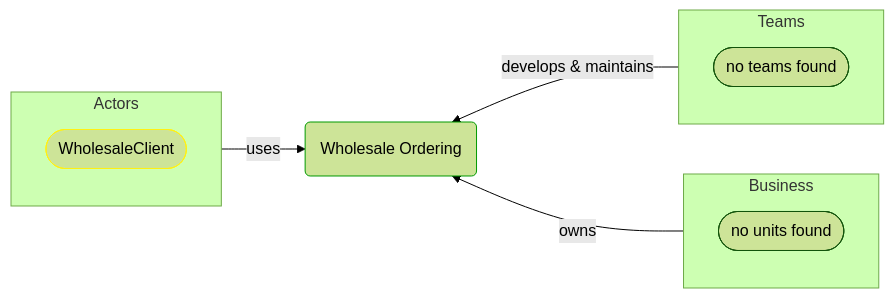
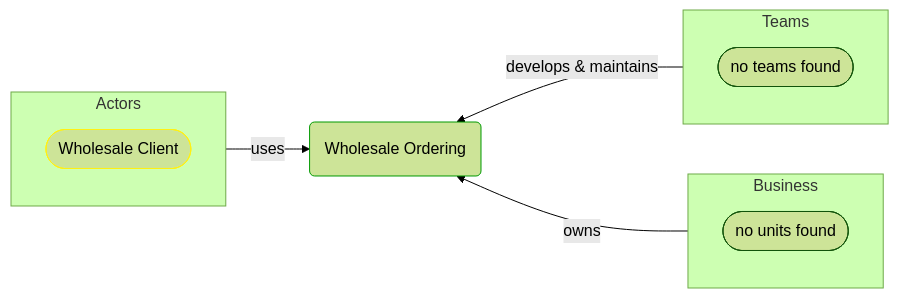
One commit to itlibrium/DDD-starter-dotnet changed the third of 3 diagrams in Docs/P3/MermaidOutput/Domain/Processes/Sale/Wholesale ordering/WholesaleOrdering.md. Above: the diagram before and after it, drawn with Mermaid (forest theme). The commit also changed 102 other files, not shown here.

````diff
--- a/Docs/P3/MermaidOutput/Domain/Processes/Sale/Wholesale ordering/WholesaleOrdering.md
+++ b/Docs/P3/MermaidOutput/Domain/Processes/Sale/Wholesale ordering/WholesaleOrdering.md
@@ -93,29 +93,29 @@
 ```mermaid
   flowchart LR
     subgraph 0["Actors"]
       direction TB
-      1([WholesaleClient])
+      1([Wholesale Client])
       class 1 PeoplePerspective
     end
     2(Wholesale Ordering)
     class 2 DomainPerspective
     0-->|uses|2
     subgraph 3["Teams"]
       direction TB
       4([no teams found])
     end
     2---3
     3-->|develops & maintains|2
     3---2
     subgraph 5["Business"]
       direction TB
       6([no units found])
     end
     2---5
     5-->|owns|2
     5---2
     linkStyle 1,3,4,6 stroke:none
     classDef DomainPerspective stroke:#009900
     classDef TechnologyPerspective stroke:#1F41EB
     classDef PeoplePerspective stroke:#FFF014
 ```
````
